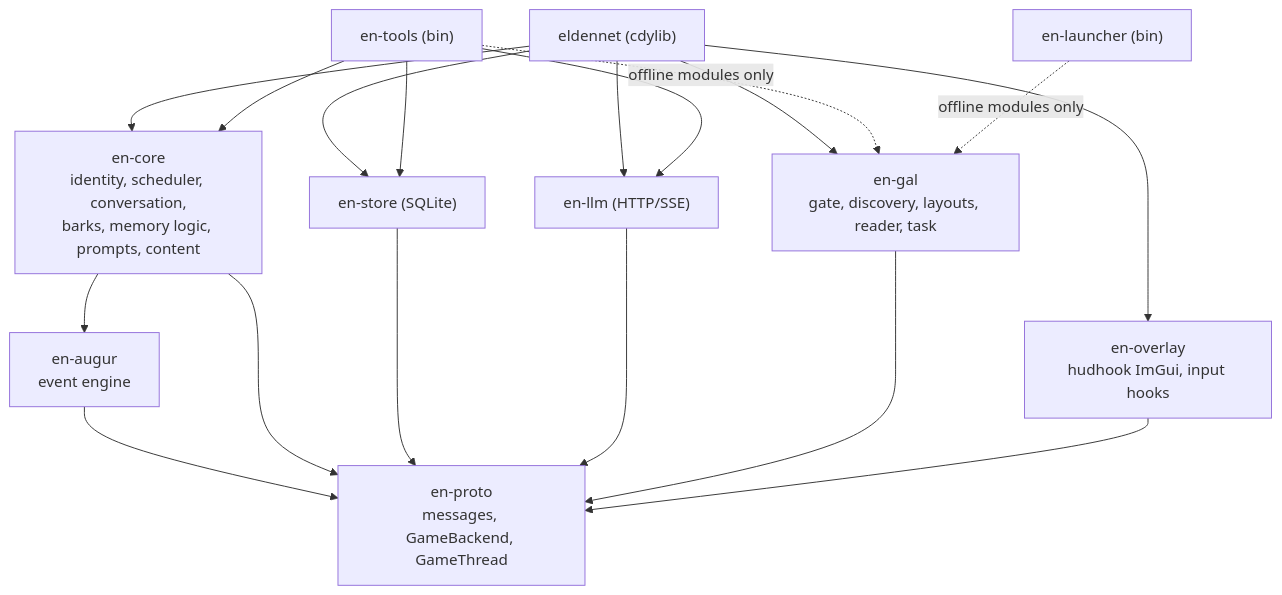
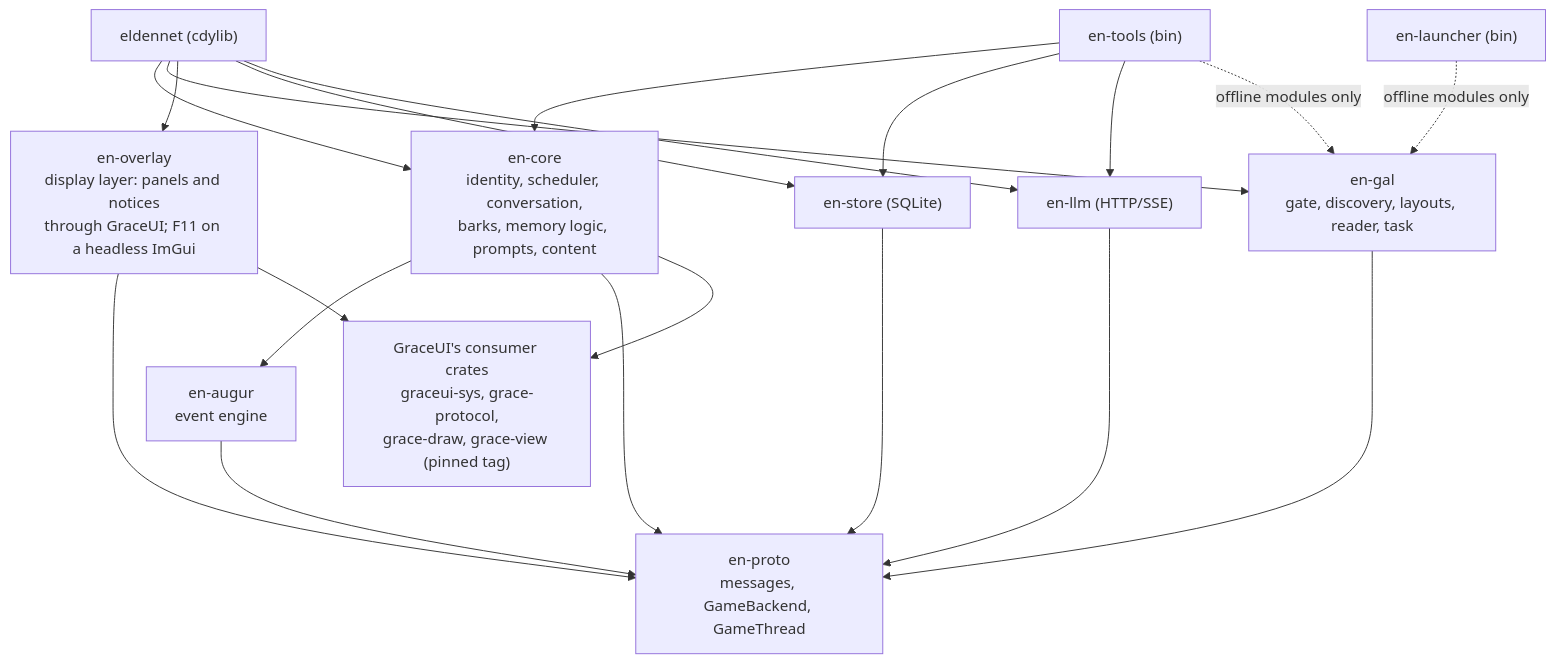
The third of 9 diagrams in docs/design/architecture.md (Pt0l3my/EldenNet), drawn with Mermaid before and after one commit. The commit also changed other lines of this file and 8 other files, not shown here.

````diff
--- a/docs/design/architecture.md
+++ b/docs/design/architecture.md
@@ -174,24 +179,27 @@
 ```mermaid
 flowchart TB
   PROTO["en-proto<br/>messages, GameBackend, GameThread"]
   AUG["en-augur<br/>event engine"]
   CORE["en-core<br/>identity, scheduler, conversation,<br/>barks, memory logic, prompts, content"]
   STORE["en-store (SQLite)"]
   LLM["en-llm (HTTP/SSE)"]
   GAL["en-gal<br/>gate, discovery, layouts, reader, task"]
-  OVL["en-overlay<br/>hudhook ImGui, input hooks"]
+  OVL["en-overlay<br/>display layer: panels and notices<br/>through GraceUI; F11 on a headless ImGui"]
+  GUI["GraceUI's consumer crates<br/>graceui-sys, grace-protocol,<br/>grace-draw, grace-view (pinned tag)"]
   DLL["eldennet (cdylib)"]
   LAUNCH["en-launcher (bin)"]
   TOOLS["en-tools (bin)"]
   AUG --> PROTO
   CORE --> AUG
   CORE --> PROTO
   STORE --> PROTO
   LLM --> PROTO
   GAL --> PROTO
   OVL --> PROTO
+  OVL --> GUI
+  CORE --> GUI
   DLL --> CORE & GAL & OVL & STORE & LLM
   TOOLS --> CORE & STORE & LLM
   TOOLS -.->|"offline modules only"| GAL
   LAUNCH -.->|"offline modules only"| GAL
 ```
````
